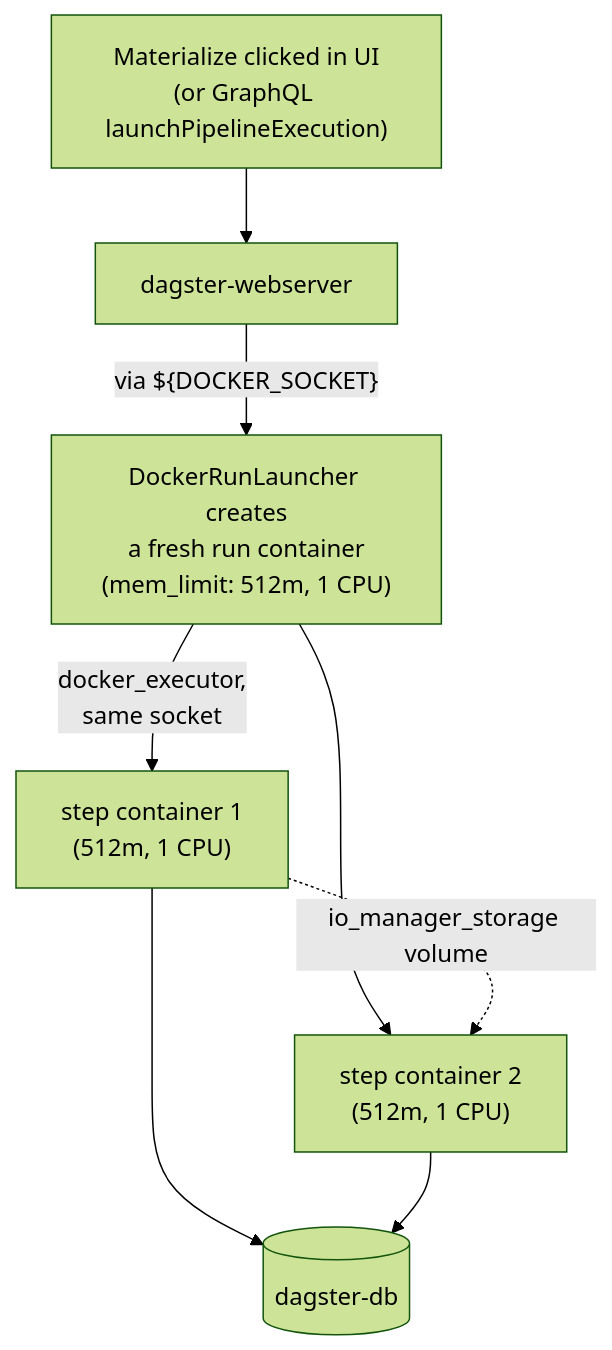
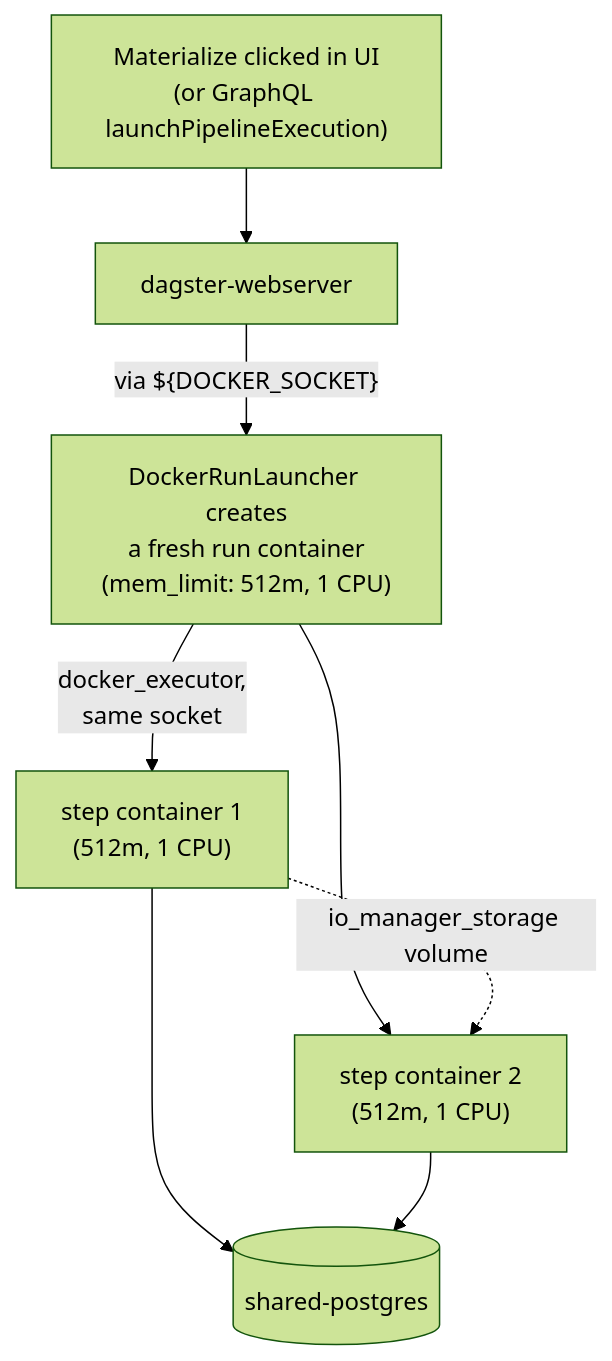
One commit to rajubhimani/homeserver changed the second of 2 diagrams in docs/services/dagster/dagster.md. Above: the diagram before and after it, drawn with Mermaid (forest theme). The commit also changed other lines of this file and 74 other files, not shown here.

````diff
--- a/docs/services/dagster/dagster.md
+++ b/docs/services/dagster/dagster.md
@@ -73,9 +76,9 @@
 ```mermaid
 flowchart TD
     Click["Materialize clicked in UI<br/>(or GraphQL launchPipelineExecution)"] --> UI[dagster-webserver]
     UI -->|"via ${DOCKER_SOCKET}"| RL["DockerRunLauncher creates<br/>a fresh run container<br/>(mem_limit: 512m, 1 CPU)"]
     RL -->|"docker_executor,<br/>same socket"| Step1["step container 1<br/>(512m, 1 CPU)"]
     RL --> Step2["step container 2<br/>(512m, 1 CPU)"]
     Step1 -.->|io_manager_storage volume| Step2
-    Step1 & Step2 --> DB[("dagster-db")]
+    Step1 & Step2 --> DB[("shared-postgres")]
 ```
````
